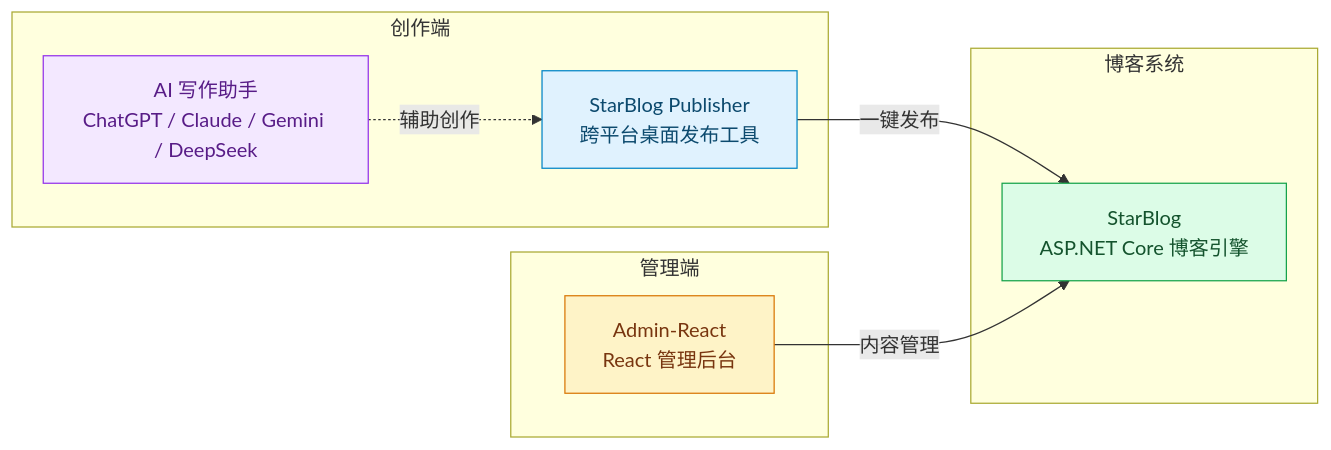
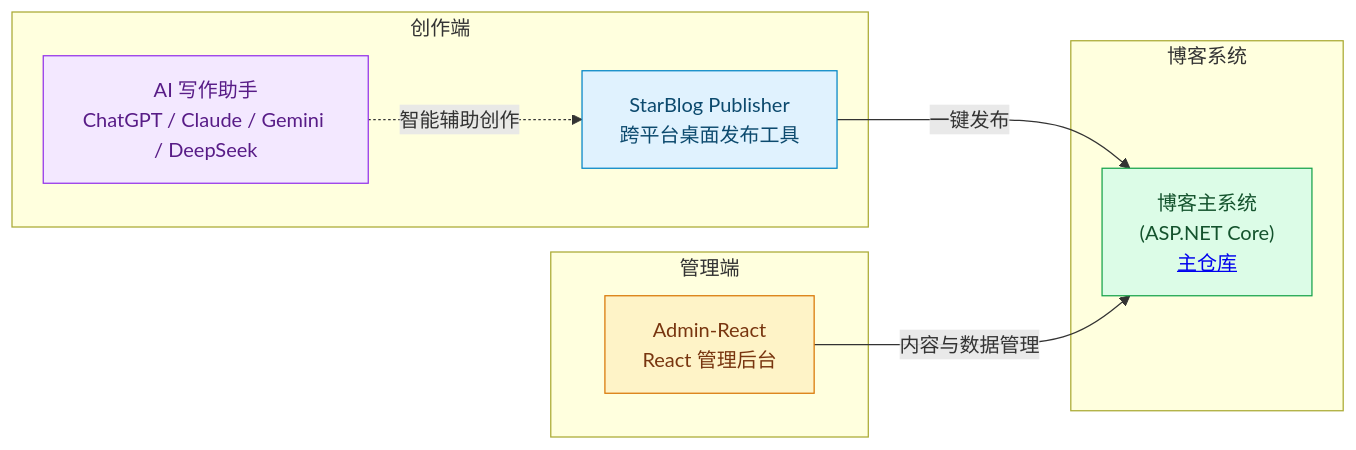
One commit to star-blog/.github changed the diagram in profile/README.md. Above: the diagram before and after it, drawn with Mermaid. The commit also changed other lines of this file, not shown here.

````diff
--- a/profile/README.md
+++ b/profile/README.md
@@ -11,24 +13,24 @@
 ```mermaid
 graph LR
     subgraph 创作端
         P["StarBlog Publisher<br/>跨平台桌面发布工具"]
         AI["AI 写作助手<br/>ChatGPT / Claude / Gemini / DeepSeek"]
     end
 
     subgraph 管理端
         A["Admin-React<br/>React 管理后台"]
     end
 
     subgraph 博客系统
-        S["StarBlog<br/>ASP.NET Core 博客引擎"]
+        S["博客主系统<br/>(ASP.NET Core)<br/><a href='https://github.com/Deali-Axy/StarBlog'>主仓库</a>"]
     end
 
     P -->|"一键发布"| S
-    A -->|"内容管理"| S
-    AI -.->|"辅助创作"| P
+    A -->|"内容与数据管理"| S
+    AI -.->|"智能辅助创作"| P
 
     style P fill:#e0f2fe,stroke:#0284c7,color:#0c4a6e
     style A fill:#fef3c7,stroke:#d97706,color:#78350f
     style S fill:#dcfce7,stroke:#16a34a,color:#14532d
     style AI fill:#f3e8ff,stroke:#9333ea,color:#581c87
 ```
````
